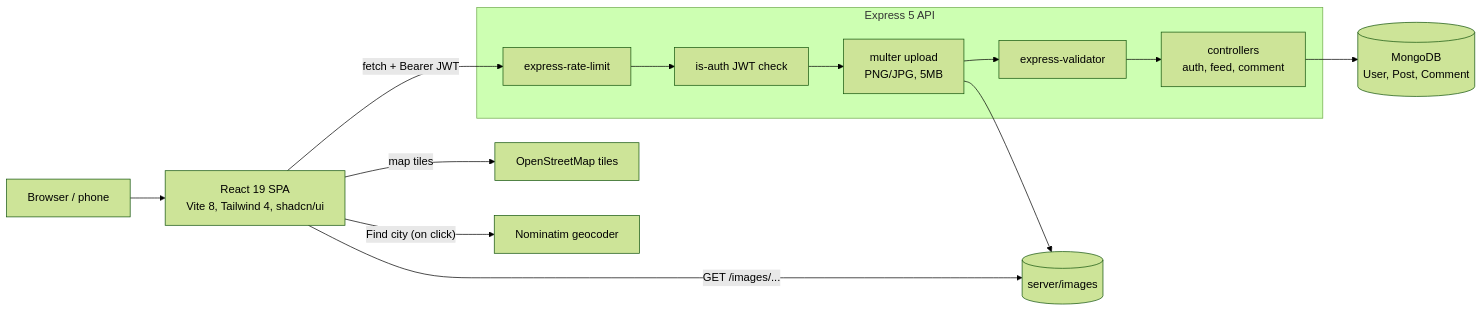
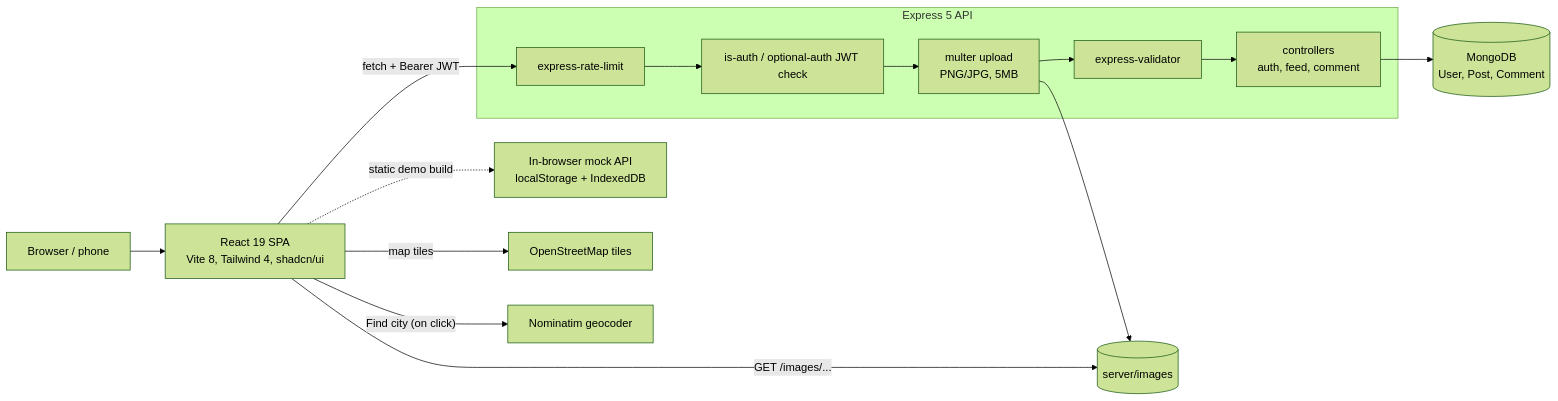
One commit to Sagargupta16/tour-vibes changed the diagram in README.md. Above: the diagram before and after it, drawn with Mermaid (forest theme). The commit also changed other lines of this file and 180 other files, not shown here.

````diff
--- a/README.md
+++ b/README.md
@@ -52,16 +57,17 @@
 ```mermaid
 flowchart LR
     U[Browser / phone] --> C[React 19 SPA<br/>Vite 8, Tailwind 4, shadcn/ui]
     C -- "fetch + Bearer JWT" --> RL
+    C -. "static demo build" .-> MOCK[In-browser mock API<br/>localStorage + IndexedDB]
     subgraph API[Express 5 API]
-        RL[express-rate-limit] --> AUTH[is-auth JWT check]
+        RL[express-rate-limit] --> AUTH[is-auth / optional-auth JWT check]
         AUTH --> UP[multer upload<br/>PNG/JPG, 5MB]
         UP --> V[express-validator]
         V --> CTRL[controllers<br/>auth, feed, comment]
     end
     CTRL --> DB[(MongoDB<br/>User, Post, Comment)]
     UP --> FS[(server/images)]
     C -- "GET /images/..." --> FS
     C -- "map tiles" --> OSM[OpenStreetMap tiles]
     C -- "Find city (on click)" --> NOM[Nominatim geocoder]
 ```
````
